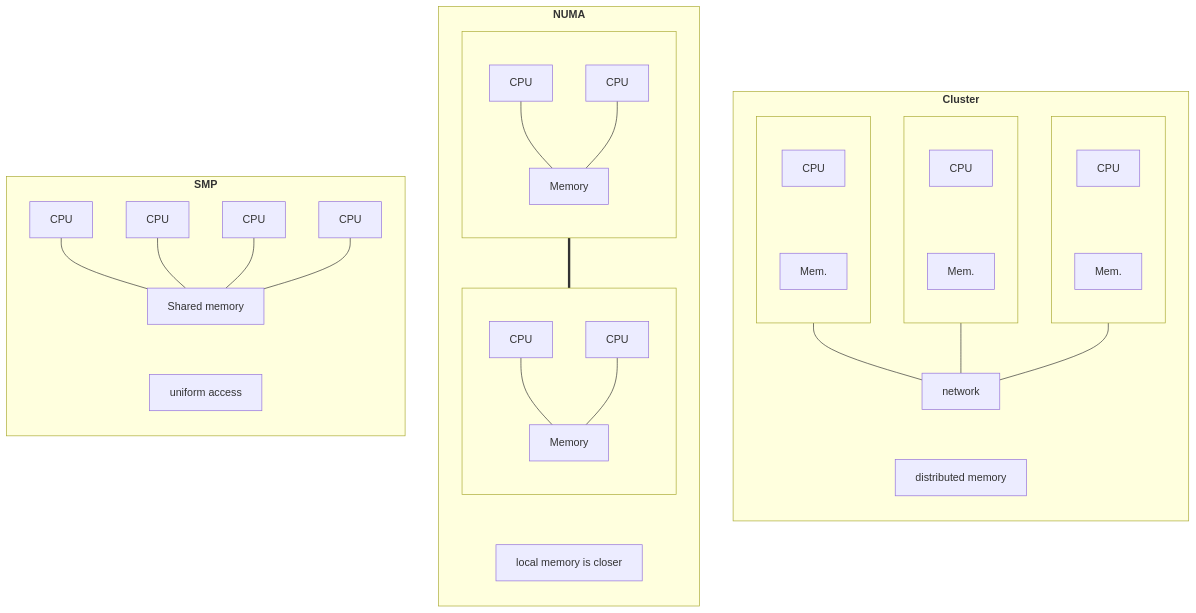
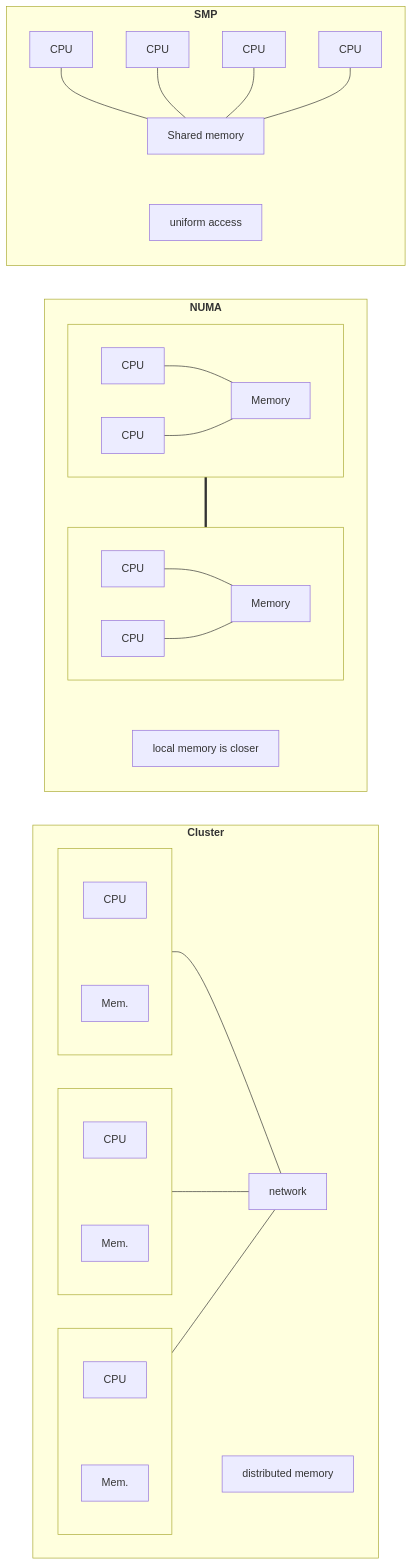
Before and after one commit to musicvano/Blog: the first of 3 diagrams in src/courses/parallel/01-intro/architectures.md, drawn with Mermaid. The commit also changed other lines of this file and 583 other files, not shown here.

````diff
--- a/src/courses/parallel/01-intro/architectures.md
+++ b/src/courses/parallel/01-intro/architectures.md
@@ -14,46 +14,46 @@
 ```mermaid
-flowchart LR
+flowchart TB
   subgraph SMP["<b>SMP</b>"]
     direction TB
     S1["CPU"] --- SM
     S2["CPU"] --- SM
     S3["CPU"] --- SM
     S4["CPU"] --- SM
     SM["Shared memory"] ~~~ SN["uniform access"]
   end
   subgraph NUMA["<b>NUMA</b>"]
     direction TB
     subgraph N1[" "]
-      direction TB
+      direction LR
       N1A["CPU"] --- N1M["Memory"]
       N1B["CPU"] --- N1M
     end
     subgraph N2[" "]
-      direction TB
+      direction LR
       N2A["CPU"] --- N2M["Memory"]
       N2B["CPU"] --- N2M
     end
     N1 === N2
     N2 ~~~ NN["local memory is closer"]
   end
   subgraph CL["<b>Cluster</b>"]
-    direction TB
+    direction LR
     subgraph C1[" "]
       direction TB
       C1P["CPU"] ~~~ C1M["Mem."]
     end
     subgraph C2[" "]
       direction TB
       C2P["CPU"] ~~~ C2M["Mem."]
     end
     subgraph C3[" "]
       direction TB
       C3P["CPU"] ~~~ C3M["Mem."]
     end
     C1 --- NET["network"]
     C2 --- NET
     C3 --- NET
-    NET ~~~ CN["distributed memory"]
+    C2 ~~~ CN["distributed memory"]
   end
   SMP ~~~ NUMA ~~~ CL
 ```
````
